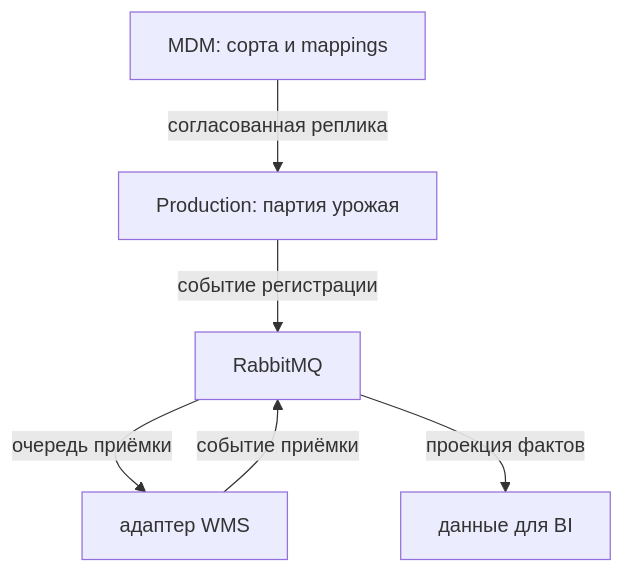
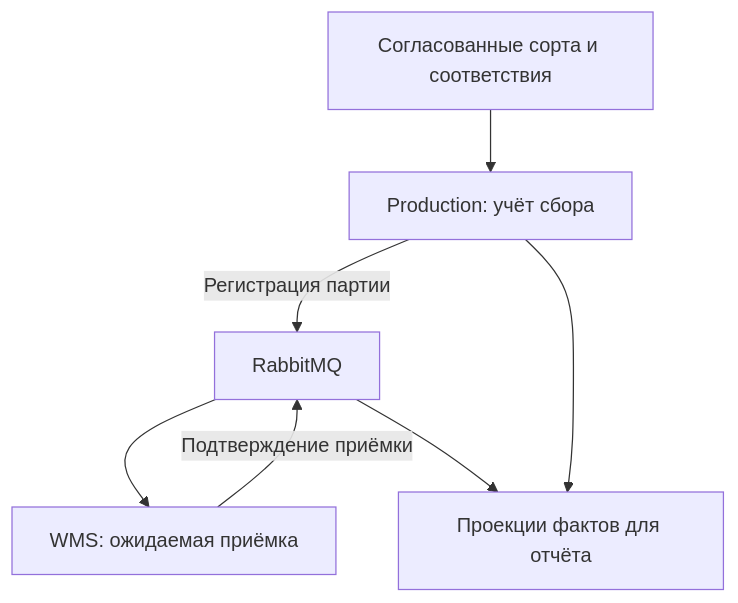
One commit to spicerrr/sa-portfolio changed the diagram in agritech/README.md. Above: the diagram before and after it, drawn with Mermaid. The commit also changed other lines of this file and 36 other files, not shown here.

Commit message:
docs(agritech): define legacy data, stakeholders and use cases; embed UML

````diff
--- a/agritech/README.md
+++ b/agritech/README.md
@@ -42,8 +46,9 @@
 ```mermaid
 flowchart TD
-    M["MDM: сорта и mappings"] -->|"согласованная реплика"| P["Production: партия урожая"]
-    P -->|"событие регистрации"| Q["RabbitMQ"]
-    Q -->|"очередь приёмки"| W["адаптер WMS"]
-    W -->|"событие приёмки"| Q
-    Q -->|"проекция фактов"| B["данные для BI"]
+    M["Согласованные сорта и соответствия"] --> P["Production: учёт сбора"]
+    P -->|"Регистрация партии"| Q["RabbitMQ"]
+    Q --> W["WMS: ожидаемая приёмка"]
+    W -->|"Подтверждение приёмки"| Q
+    Q --> B["Проекции фактов для отчёта"]
+    P --> B
 ```
````
